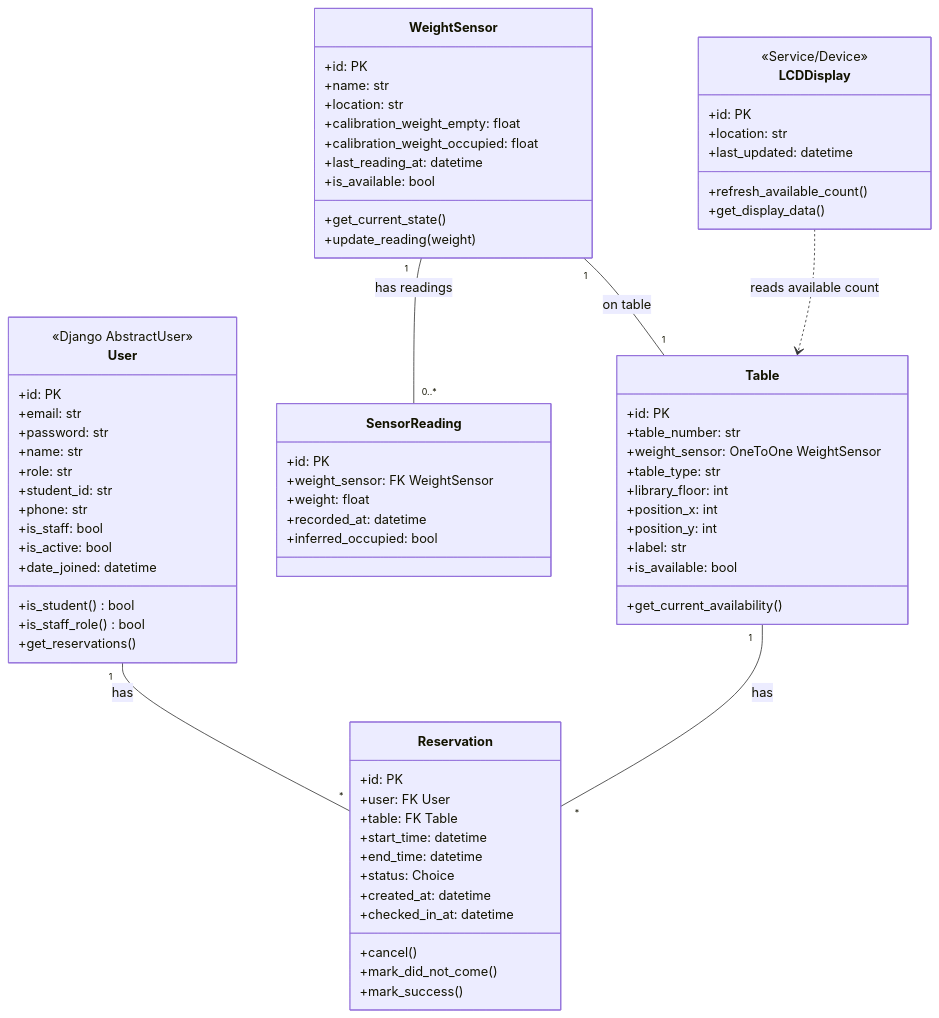
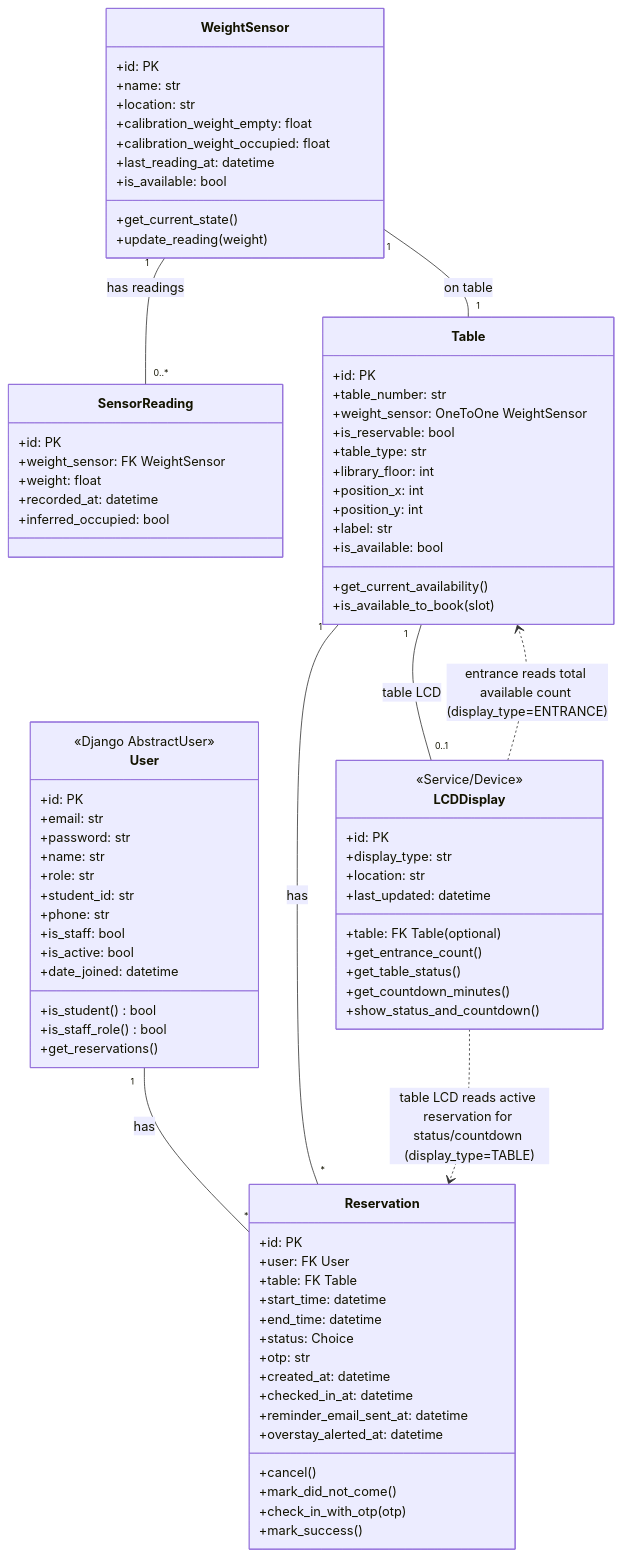
Before and after one commit to LinThitHtwe/Capstone_backend: the diagram in docs/CLASS_DIAGRAM.md, drawn with Mermaid. The commit also changed other lines of this file and 2 other files, not shown here.

````diff
--- a/docs/CLASS_DIAGRAM.md
+++ b/docs/CLASS_DIAGRAM.md
@@ -10,7 +10,7 @@
 classDiagram
     direction TB
 
-    %% ============ Authentication (single User with role) ============
+    %% ============ Authentication ============
     class User {
         <<Django AbstractUser>>
         +id: PK
@@ -28,7 +28,7 @@
         +get_reservations()
     }
 
-    %% ============ Physical / IoT Layer (sensor on table) ============
+    %% ============ Physical / IoT ============
     class WeightSensor {
         +id: PK
         +name: str
@@ -53,6 +53,7 @@
         +id: PK
         +table_number: str
         +weight_sensor: OneToOne WeightSensor
+        +is_reservable: bool
         +table_type: str
         +library_floor: int
         +position_x: int
@@ -60,6 +61,7 @@
         +label: str
         +is_available: bool
         +get_current_availability()
+        +is_available_to_book(slot)
     }
 
     %% ============ Reservations ============
@@ -70,21 +72,29 @@
         +start_time: datetime
         +end_time: datetime
         +status: Choice
+        +otp: str
         +created_at: datetime
         +checked_in_at: datetime
+        +reminder_email_sent_at: datetime
+        +overstay_alerted_at: datetime
         +cancel()
         +mark_did_not_come()
+        +check_in_with_otp(otp)
         +mark_success()
     }
 
-    %% ============ Display / External ============
+    %% ============ Displays ============
     class LCDDisplay {
         <<Service/Device>>
         +id: PK
+        +display_type: str
+        +table: FK Table (optional)
         +location: str
         +last_updated: datetime
-        +refresh_available_count()
-        +get_display_data()
+        +get_entrance_count()
+        +get_table_status()
+        +get_countdown_minutes()
+        +show_status_and_countdown()
     }
 
     %% ============ Relationships ============
@@ -92,5 +102,7 @@
     WeightSensor "1" -- "1" Table : on table
     User "1" -- "*" Reservation : has
     Table "1" -- "*" Reservation : has
-    LCDDisplay ..> Table : reads available count
+    Table "1" -- "0..1" LCDDisplay : table LCD
+    LCDDisplay ..> Table : entrance reads total available count (display_type=ENTRANCE)
+    LCDDisplay ..> Reservation : table LCD reads active reservation for status/countdown (display_type=TABLE)
 ```
````
